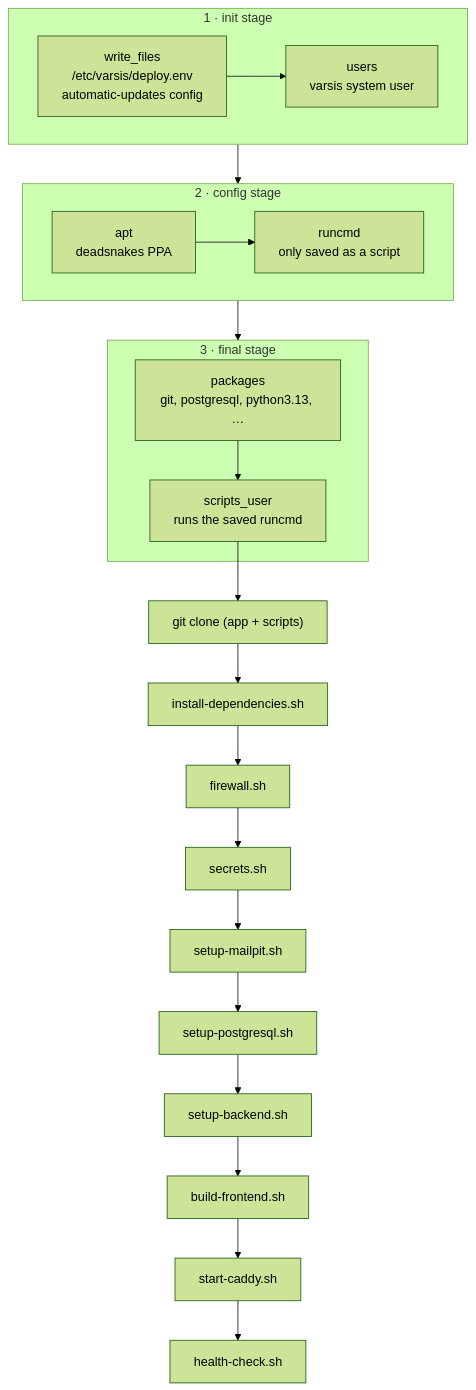
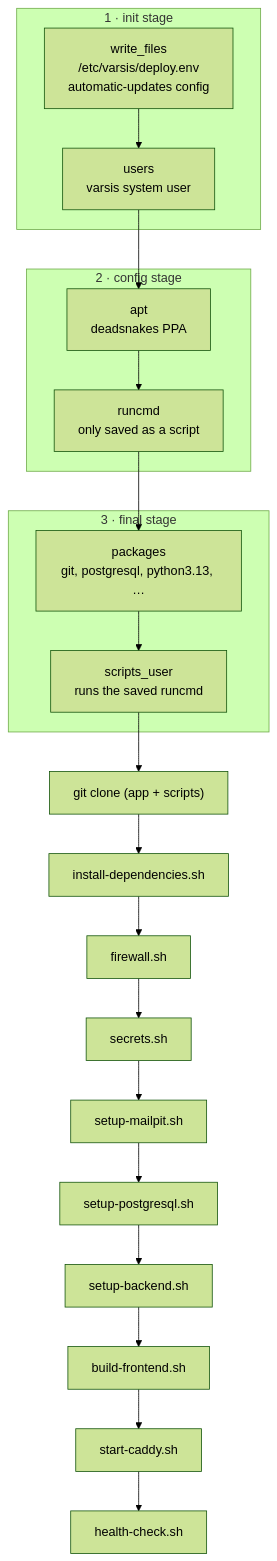
The second of 2 diagrams in deploy/README.md (devops-fri-26/sk-33-virtualization), drawn with Mermaid (forest theme) before and after one commit.

````diff
--- a/deploy/README.md
+++ b/deploy/README.md
@@ -163,17 +163,18 @@
 ```mermaid
 flowchart TD
     subgraph init["1 · init stage"]
         wf["write_files<br/>/etc/varsis/deploy.env<br/>automatic-updates config"] --> users["users<br/>varsis system user"]
     end
     subgraph config["2 · config stage"]
         apt["apt<br/>deadsnakes PPA"] --> save["runcmd<br/>only saved as a script"]
     end
     subgraph final["3 · final stage"]
         pkgs["packages<br/>git, postgresql, python3.13, …"] --> run["scripts_user<br/>runs the saved runcmd"]
     end
-    init --> config --> final
+    users --> apt
+    save --> pkgs
     run --> clone["git clone (app + scripts)"]
     clone --> s1["install-dependencies.sh"] --> s2["firewall.sh"] --> s3["secrets.sh"]
     s3 --> s4["setup-mailpit.sh"] --> s5["setup-postgresql.sh"] --> s6["setup-backend.sh"]
     s6 --> s7["build-frontend.sh"] --> s8["start-caddy.sh"] --> s9["health-check.sh"]
 ```
````
